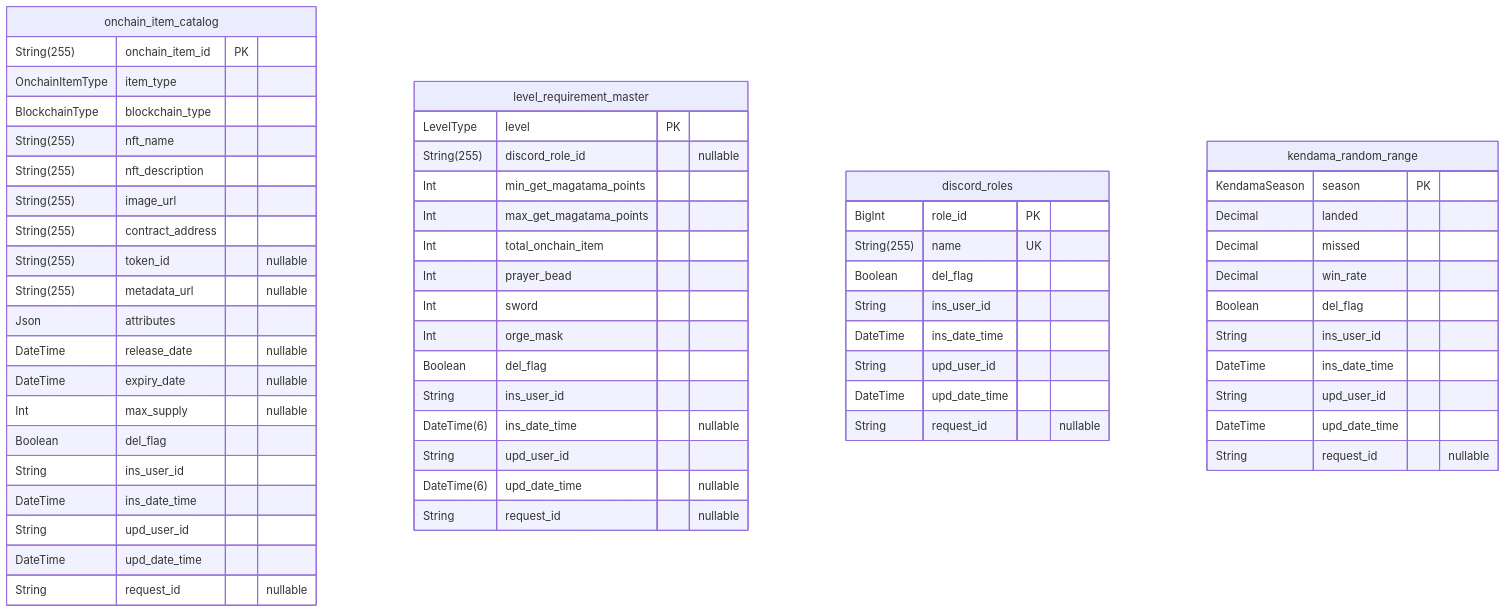
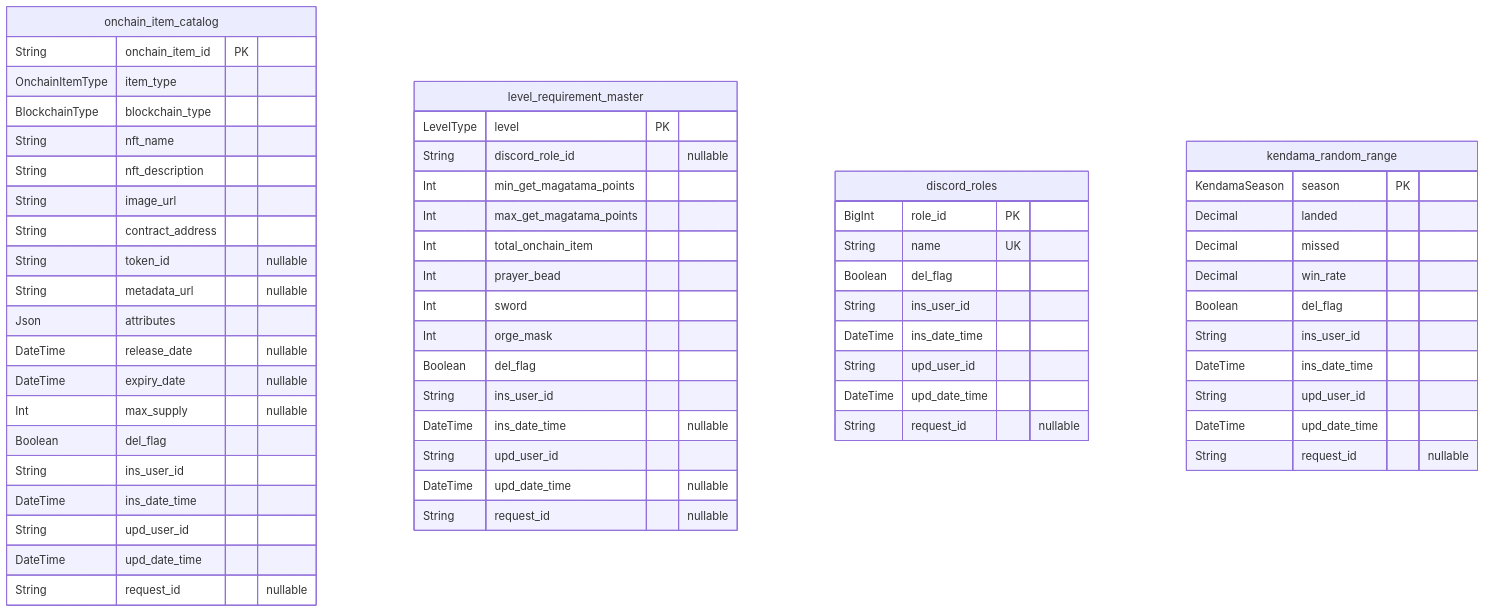
Before and after one commit to sx-tane/tourii-backend: the third of 4 diagrams in prisma/docs/tourii-db-docs.md, drawn with Mermaid. The commit also changed other lines of this file and 13 other files, not shown here.

````diff
--- a/prisma/docs/tourii-db-docs.md
+++ b/prisma/docs/tourii-db-docs.md
@@ -1144,62 +1144,62 @@
 ```mermaid
 erDiagram
 "onchain_item_catalog" {
-  String(255) onchain_item_id PK
+  String onchain_item_id PK
   OnchainItemType item_type
   BlockchainType blockchain_type
-  String(255) nft_name
-  String(255) nft_description
-  String(255) image_url
-  String(255) contract_address
-  String(255) token_id "nullable"
-  String(255) metadata_url "nullable"
+  String nft_name
+  String nft_description
+  String image_url
+  String contract_address
+  String token_id "nullable"
+  String metadata_url "nullable"
   Json attributes
   DateTime release_date "nullable"
   DateTime expiry_date "nullable"
   Int max_supply "nullable"
   Boolean del_flag
   String ins_user_id
   DateTime ins_date_time
   String upd_user_id
   DateTime upd_date_time
   String request_id "nullable"
 }
 "level_requirement_master" {
   LevelType level PK
-  String(255) discord_role_id "nullable"
+  String discord_role_id "nullable"
   Int min_get_magatama_points
   Int max_get_magatama_points
   Int total_onchain_item
   Int prayer_bead
   Int sword
   Int orge_mask
   Boolean del_flag
   String ins_user_id
-  DateTime(6) ins_date_time "nullable"
+  DateTime ins_date_time "nullable"
   String upd_user_id
-  DateTime(6) upd_date_time "nullable"
+  DateTime upd_date_time "nullable"
   String request_id "nullable"
 }
 "discord_roles" {
   BigInt role_id PK
-  String(255) name UK
+  String name UK
   Boolean del_flag
   String ins_user_id
   DateTime ins_date_time
   String upd_user_id
   DateTime upd_date_time
   String request_id "nullable"
 }
 "kendama_random_range" {
   KendamaSeason season PK
   Decimal landed
   Decimal missed
   Decimal win_rate
   Boolean del_flag
   String ins_user_id
   DateTime ins_date_time
   String upd_user_id
   DateTime upd_date_time
   String request_id "nullable"
 }
 ```
````
